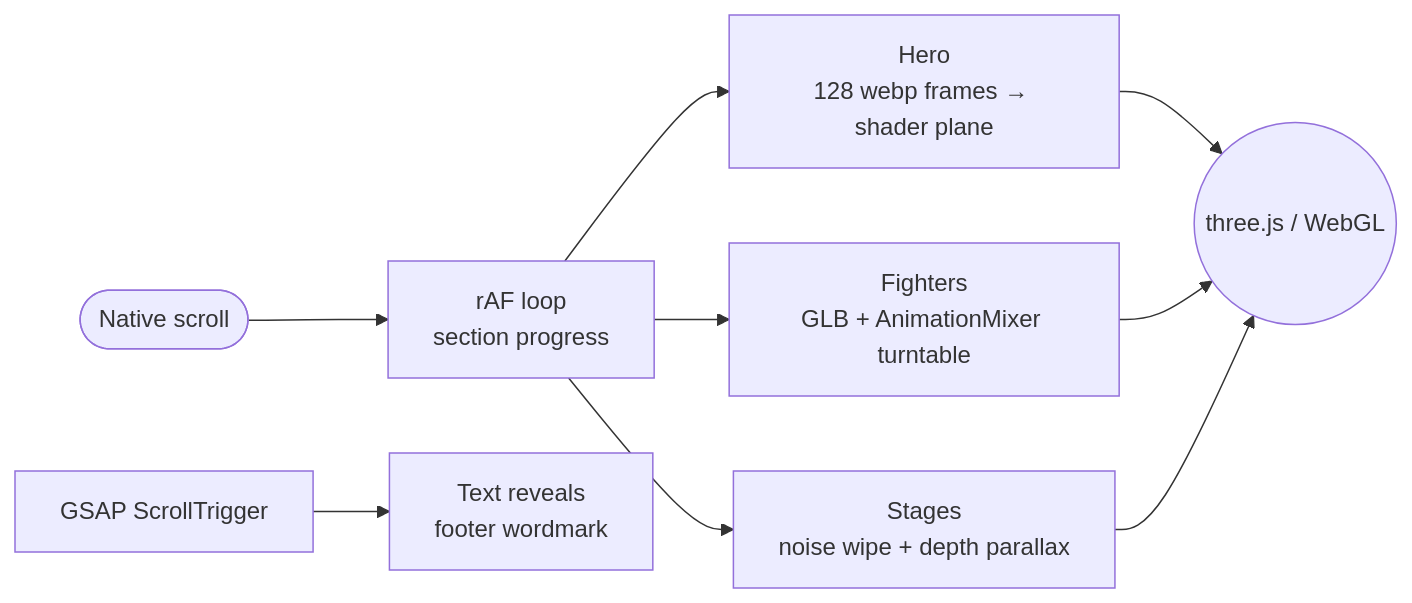
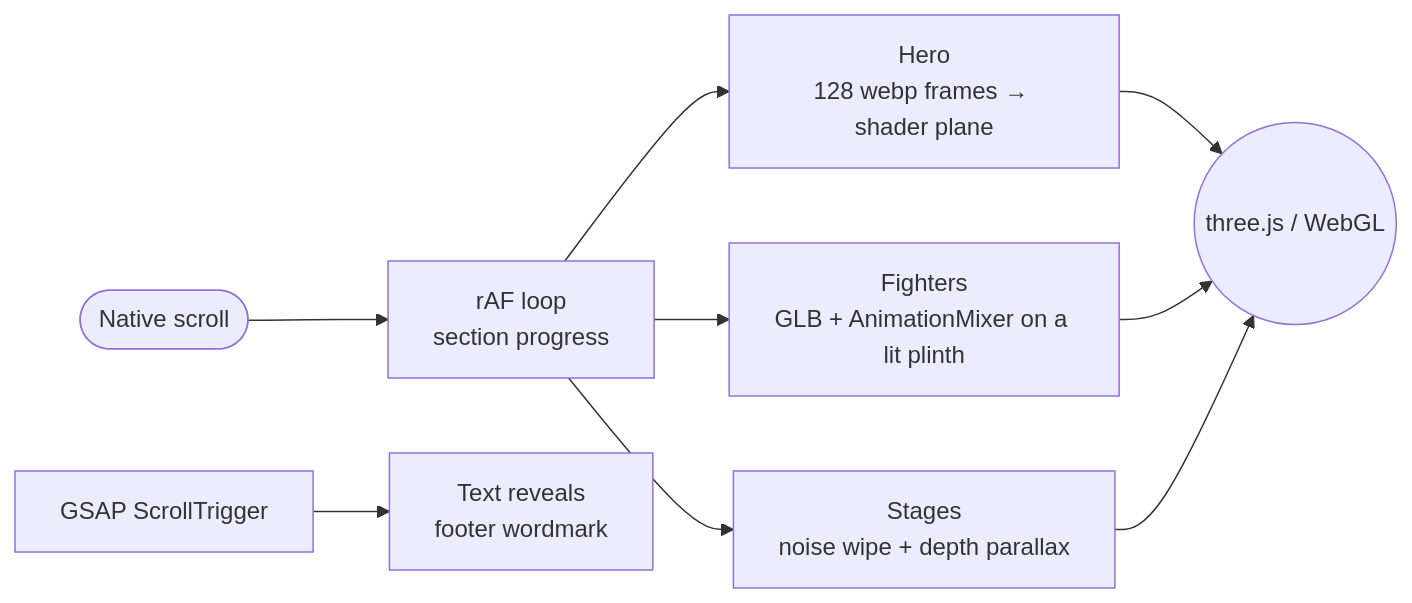
The first of 2 diagrams in README.md (satiricalguru/Brawlverse), drawn with Mermaid before and after one commit. The commit also changed other lines of this file and 10 other files, not shown here.

First line of the commit message:
Stage the fighters properly: front-facing pose on a lit plinth

````diff
--- a/README.md
+++ b/README.md
@@ -117,9 +122,9 @@
 ```mermaid
 flowchart LR
   scroll([Native scroll]) --> loop[rAF loop<br/>section progress]
   loop --> hero[Hero<br/>128 webp frames → shader plane]
-  loop --> fighters[Fighters<br/>GLB + AnimationMixer turntable]
+  loop --> fighters[Fighters<br/>GLB + AnimationMixer on a lit plinth]
   loop --> stages[Stages<br/>noise wipe + depth parallax]
   gsap[GSAP ScrollTrigger] --> reveals[Text reveals<br/>footer wordmark]
   hero & fighters & stages --> gl((three.js / WebGL))
 ```
````
